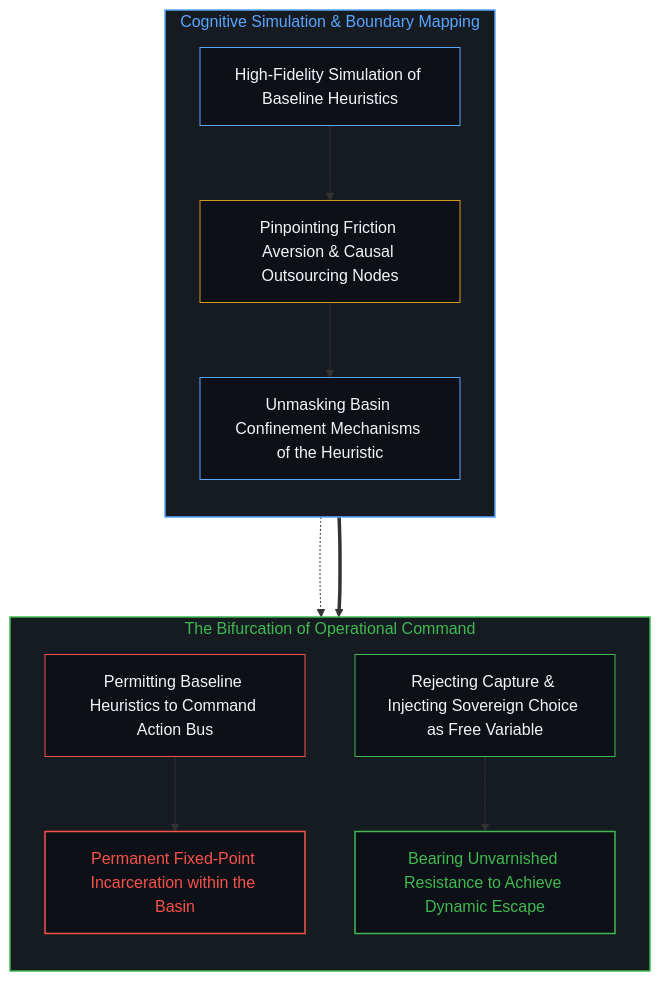
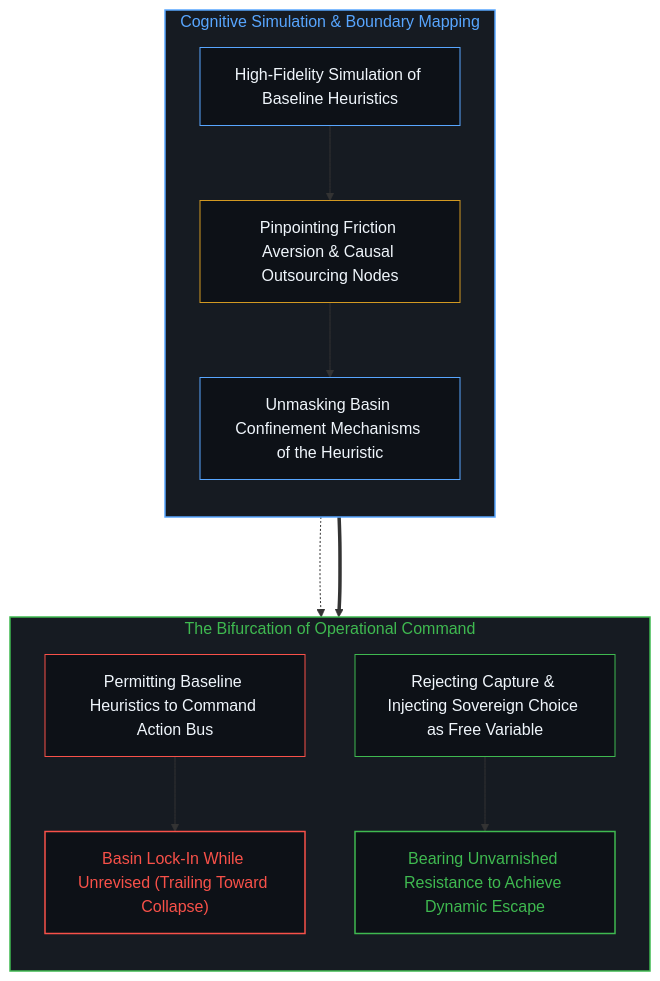
Before and after one commit to powerpig99/not-a-toe: the sixth of 10 diagrams in content/posts/the-explanatory-trap-of-the-ordinary-perspective.md, drawn with Mermaid. The commit also changed other lines of this file and 4 other files, not shown here.

````diff
--- a/content/posts/the-explanatory-trap-of-the-ordinary-perspective.md
+++ b/content/posts/the-explanatory-trap-of-the-ordinary-perspective.md
@@ -188,24 +184,24 @@
 ```mermaid
 flowchart TD
     subgraph S_CognitiveEmpathy_EN ["Cognitive Simulation & Boundary Mapping"]
         direction TB
         CE_Emulate["High-Fidelity Simulation of Baseline Heuristics"] --> CE_Locate["Pinpointing Friction Aversion & Causal Outsourcing Nodes"]
         CE_Locate --> CE_Diagnose["Unmasking Basin Confinement Mechanisms of the Heuristic"]
     end
     subgraph S_OperationalControl_EN ["The Bifurcation of Operational Command"]
         direction TB
-        OE_Surrender["Permitting Baseline Heuristics to Command Action Bus"] --> OE_Paralysis["Permanent Fixed-Point Incarceration within the Basin"]
+        OE_Surrender["Permitting Baseline Heuristics to Command Action Bus"] --> OE_Paralysis["Basin Lock-In While Unrevised (Trailing Toward Collapse)"]
         OE_Inject["Rejecting Capture & Injecting Sovereign Choice as Free Variable"] --> OE_Escape["Bearing Unvarnished Resistance to Achieve Dynamic Escape"]
     end
     CE_Diagnose -.-> OE_Surrender
     CE_Diagnose ===> OE_Inject
     style S_CognitiveEmpathy_EN fill:#161b22,stroke:#58a6ff,stroke-width:1.5px,color:#58a6ff
     style S_OperationalControl_EN fill:#161b22,stroke:#3fb950,stroke-width:1.5px,color:#3fb950
     style CE_Emulate fill:#0d1117,stroke:#58a6ff,stroke-width:1px,color:#f0f6fc
     style CE_Locate fill:#0d1117,stroke:#d29922,stroke-width:1px,color:#f0f6fc
     style CE_Diagnose fill:#0d1117,stroke:#58a6ff,stroke-width:1px,color:#f0f6fc
     style OE_Surrender fill:#0d1117,stroke:#f85149,stroke-width:1px,color:#f0f6fc
     style OE_Paralysis fill:#0d1117,stroke:#f85149,stroke-width:1.5px,color:#f85149
     style OE_Inject fill:#0d1117,stroke:#3fb950,stroke-width:1px,color:#f0f6fc
     style OE_Escape fill:#0d1117,stroke:#3fb950,stroke-width:1.5px,color:#3fb950
 ```
````
